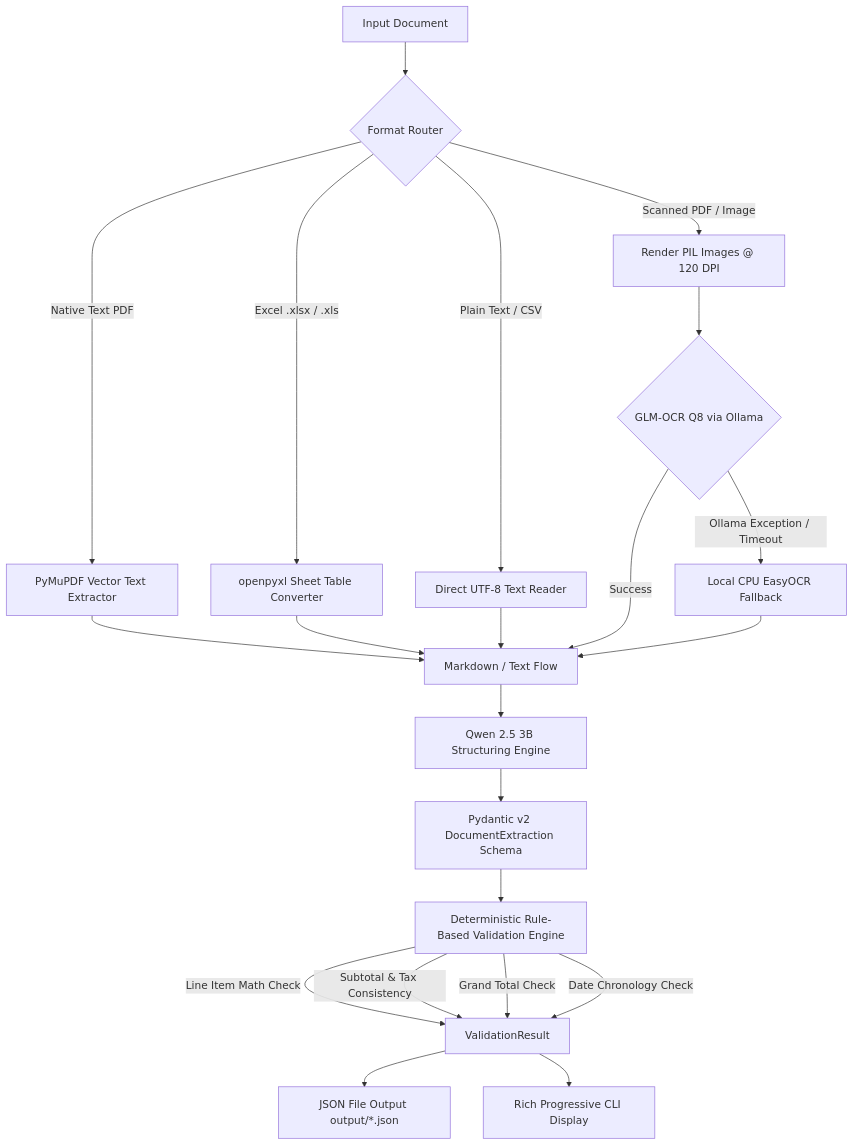
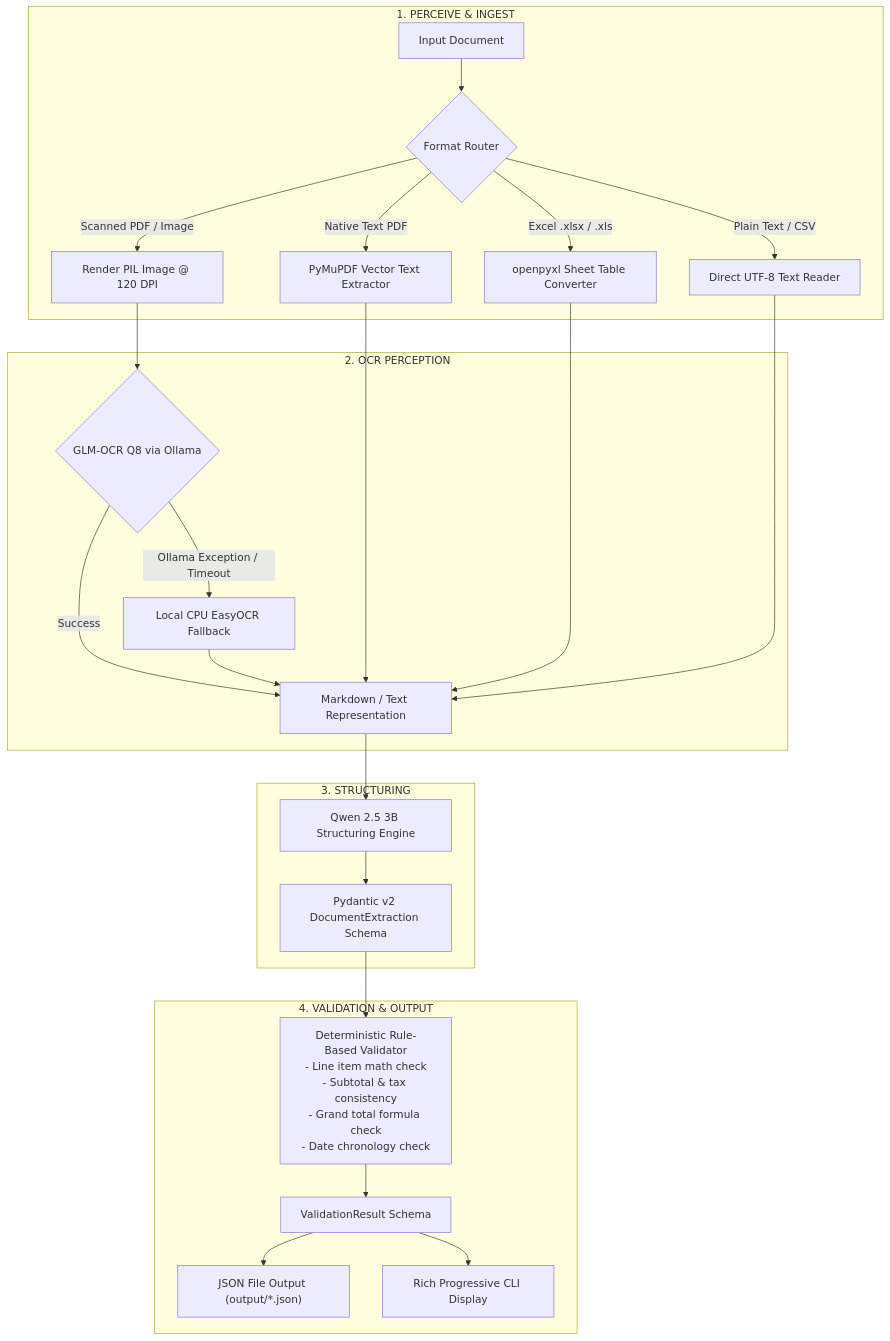
One commit to aditya-rathore04/Document_Data_Extraction changed the diagram in README.md. Above: the diagram before and after it, drawn with Mermaid.

Commit message:
Fix to Readme

````diff
--- a/README.md
+++ b/README.md
@@ -180,30 +180,32 @@
 ```mermaid
 flowchart TD
-    A[Input Document] --> B{Format Router}
-    
-    B -->|Native Text PDF| C1[PyMuPDF Vector Text Extractor]
-    B -->|Scanned PDF / Image| C2[Render PIL Images @ 120 DPI]
-    B -->|Excel .xlsx / .xls| C3[openpyxl Sheet Table Converter]
-    B -->|Plain Text / CSV| C4[Direct UTF-8 Text Reader]
-    
-    C1 --> E[Markdown / Text Flow]
-    C3 --> E
-    C4 --> E
-    
-    C2 --> D{GLM-OCR Q8 via Ollama}
-    D -->|Success| E
-    D -->|Ollama Exception / Timeout| F[Local CPU EasyOCR Fallback]
-    F --> E
-    
-    E --> G[Qwen 2.5 3B Structuring Engine]
-    G --> H[Pydantic v2 DocumentExtraction Schema]
-    
-    H --> I[Deterministic Rule-Based Validation Engine]
-    I -->|Line Item Math Check| J[ValidationResult]
-    I -->|Subtotal & Tax Consistency| J
-    I -->|Grand Total Check| J
-    I -->|Date Chronology Check| J
-    
-    J --> K[JSON File Output output/*.json]
-    J --> L[Rich Progressive CLI Display]
+    subgraph S1["1. PERCEIVE & INGEST"]
+        A["Input Document"] --> B{"Format Router"}
+        B -->|"Native Text PDF"| C1["PyMuPDF Vector Text Extractor"]
+        B -->|"Scanned PDF / Image"| C2["Render PIL Image @ 120 DPI"]
+        B -->|"Excel .xlsx / .xls"| C3["openpyxl Sheet Table Converter"]
+        B -->|"Plain Text / CSV"| C4["Direct UTF-8 Text Reader"]
+    end
+
+    subgraph S2["2. OCR PERCEPTION"]
+        C2 --> D{"GLM-OCR Q8 via Ollama"}
+        D -->|"Success"| E["Markdown / Text Representation"]
+        D -->|"Ollama Exception / Timeout"| F["Local CPU EasyOCR Fallback"]
+        F --> E
+        C1 --> E
+        C3 --> E
+        C4 --> E
+    end
+
+    subgraph S3["3. STRUCTURING"]
+        E --> G["Qwen 2.5 3B Structuring Engine"]
+        G --> H["Pydantic v2 DocumentExtraction Schema"]
+    end
+
+    subgraph S4["4. VALIDATION & OUTPUT"]
+        H --> I["Deterministic Rule-Based Validator<br/>- Line item math check<br/>- Subtotal & tax consistency<br/>- Grand total formula check<br/>- Date chronology check"]
+        I --> J["ValidationResult Schema"]
+        J --> K["JSON File Output (output/*.json)"]
+        J --> L["Rich Progressive CLI Display"]
+    end
 ```
````
